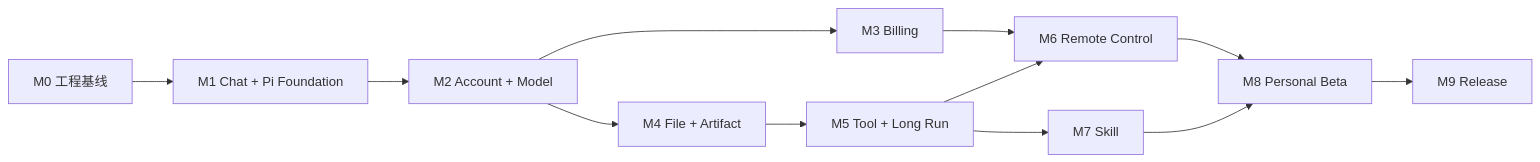
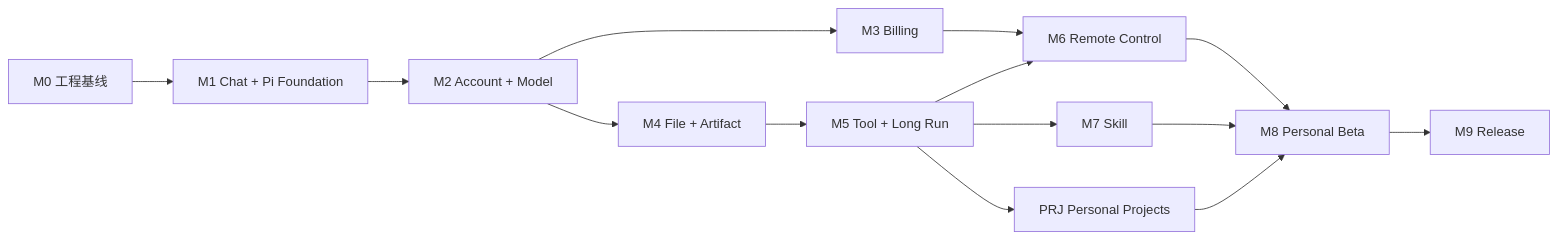
Before and after one commit to openerserver/openerx: the diagram in docs/v2/13-development-plan.md, drawn with Mermaid. The commit also changed other lines of this file and 85 other files, not shown here.

Commit message:
feat: add personal projects and open-source license

````diff
--- a/docs/v2/13-development-plan.md
+++ b/docs/v2/13-development-plan.md
@@ -61,14 +64,16 @@
 ```mermaid
 flowchart LR
   M0["M0 工程基线"] --> M1["M1 Chat + Pi Foundation"]
   M1 --> M2["M2 Account + Model"]
   M2 --> M3["M3 Billing"]
   M2 --> M4["M4 File + Artifact"]
   M4 --> M5["M5 Tool + Long Run"]
   M3 --> M6["M6 Remote Control"]
   M5 --> M6
   M5 --> M7["M7 Skill"]
+  M5 --> PRJ["PRJ Personal Projects"]
   M6 --> M8["M8 Personal Beta"]
   M7 --> M8
+  PRJ --> M8
   M8 --> M9["M9 Release"]
 ```
````
